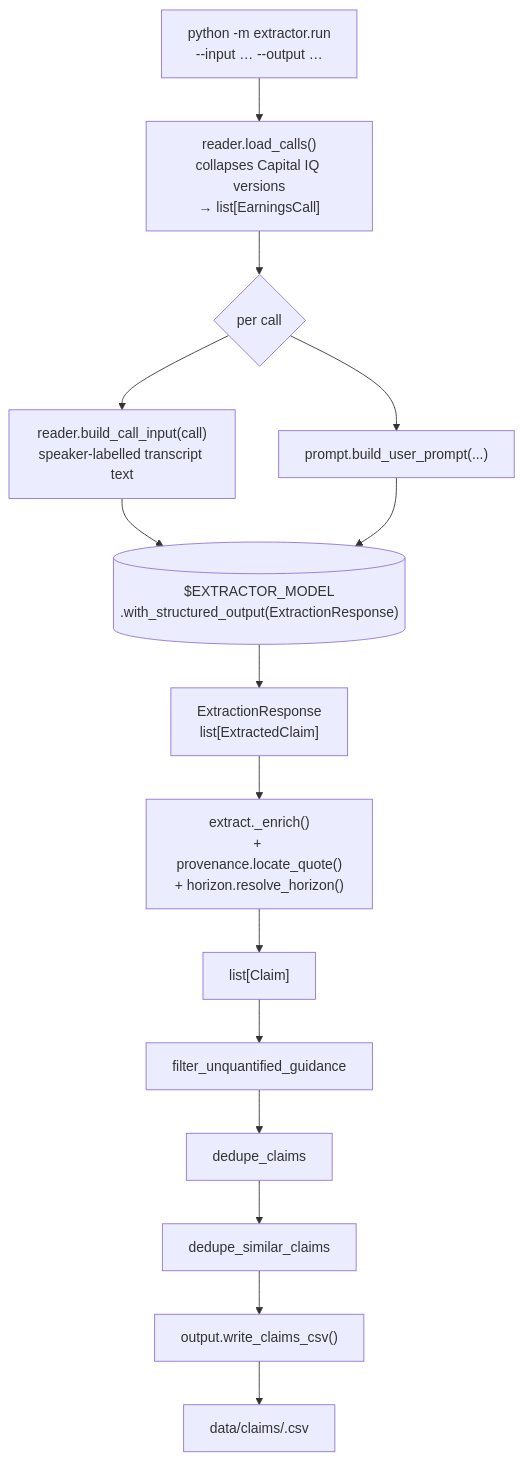
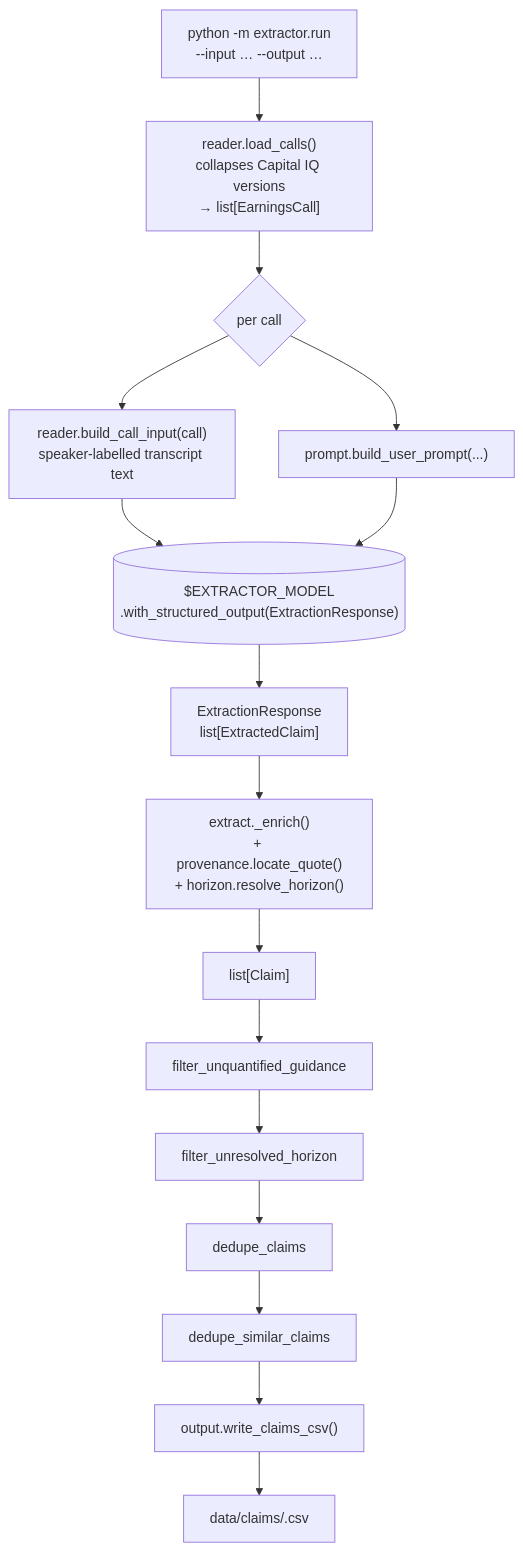
One commit to thomashillenbrand/finm-33200-group7 changed the fourth of 8 diagrams in docs/architecture.md. Above: the diagram before and after it, drawn with Mermaid. The commit also changed other lines of this file and 9 other files, not shown here.

````diff
--- a/docs/architecture.md
+++ b/docs/architecture.md
@@ -260,18 +261,19 @@
 ```mermaid
 flowchart TD
     cli["python -m extractor.run<br/>--input … --output …"]
     cli --> reader["reader.load_calls()<br/>collapses Capital IQ versions<br/>→ list[EarningsCall]"]
     reader --> percall{per call}
     percall --> build_input["reader.build_call_input(call)<br/>speaker-labelled transcript text"]
     percall --> prompt["prompt.build_user_prompt(...)"]
     build_input --> llm[("$EXTRACTOR_MODEL<br/>.with_structured_output(ExtractionResponse)")]
     prompt --> llm
     llm --> raw["ExtractionResponse<br/>list[ExtractedClaim]"]
     raw --> enrich["extract._enrich()<br/>+ provenance.locate_quote()<br/>+ horizon.resolve_horizon()"]
     enrich --> claims["list[Claim]"]
     claims --> f1["filter_unquantified_guidance"]
-    f1 --> f2["dedupe_claims"]
+    f1 --> fh["filter_unresolved_horizon"]
+    fh --> f2["dedupe_claims"]
     f2 --> f3["dedupe_similar_claims"]
     f3 --> writer["output.write_claims_csv()"]
     writer --> out["data/claims/<name>.csv"]
 ```
````
